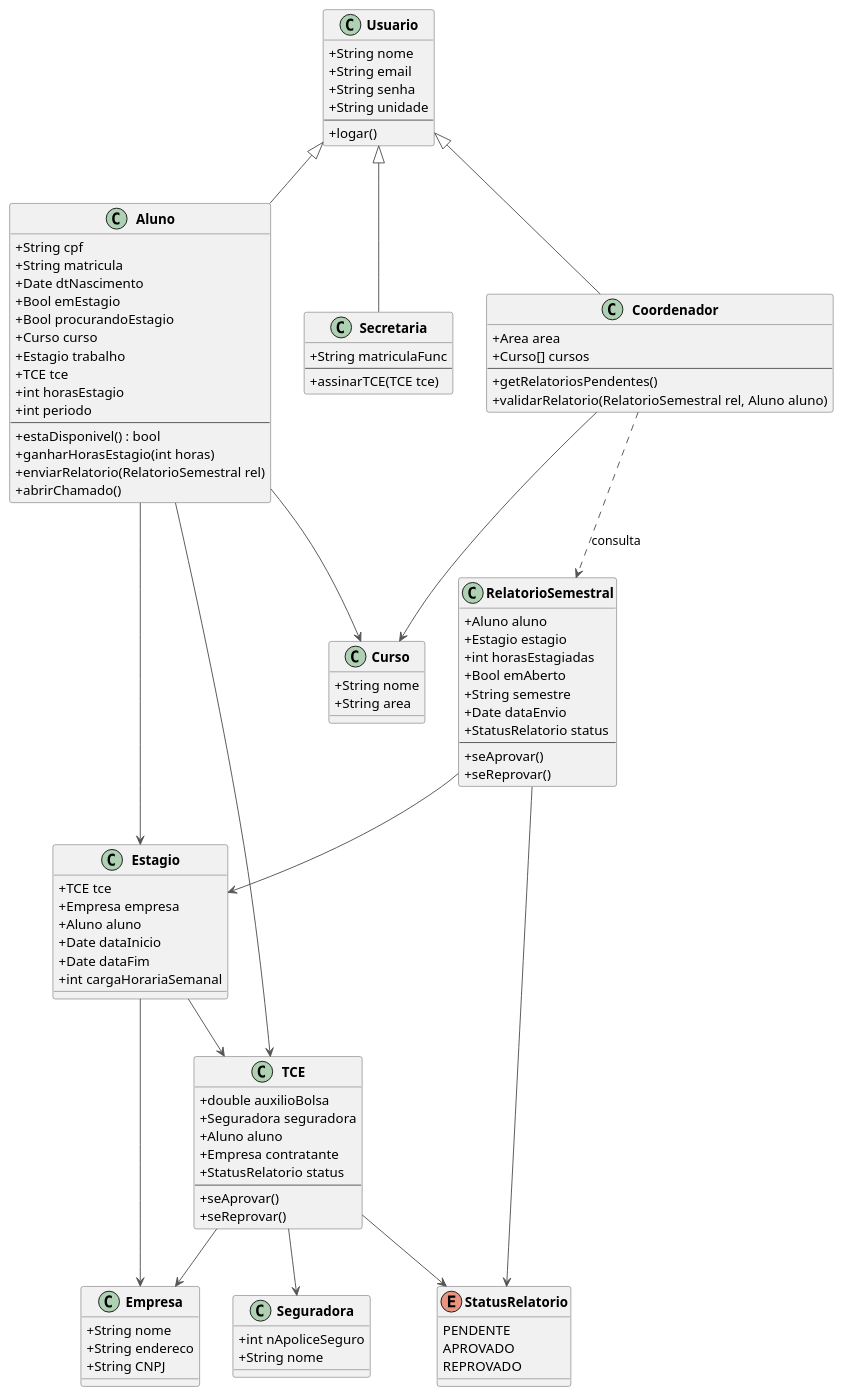
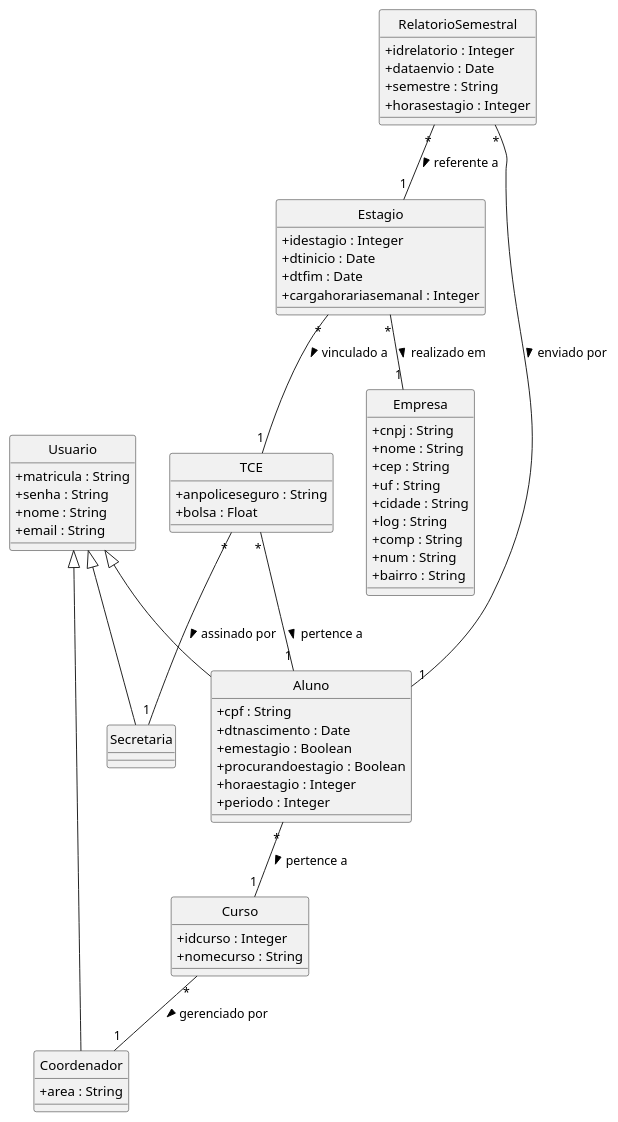
One commit to Projetos-de-Extensao/PBE_26.1_8002_IV changed the diagram in docs/Elaboracao/diagrama_de_classe.puml. Above: the diagram before and after it, drawn with PlantUML. The commit also changed other lines of this file, not shown here.

Commit message:
diagrama de classes novo, sem métodos

```diff
--- a/docs/Elaboracao/diagrama_de_classe.puml
+++ b/docs/Elaboracao/diagrama_de_classe.puml
@@ -3,149 +1,99 @@
-@startuml diagrama_estagio
+@startuml diagrama_estagio_django
 
 skinparam classAttributeIconSize 0
-skinparam classFontStyle bold
-skinparam ArrowColor #555555
-skinparam ClassBorderColor #555555
+skinparam monochrome true
+hide circle
 
 ' ─────────────────────────────
-'  ENUM
+'  USUÁRIO E HERANÇA
 ' ─────────────────────────────
 
-enum StatusRelatorio {
-  PENDENTE
-  APROVADO
-  REPROVADO
+class Usuario {
+  + matricula : String
+  + senha : String
+  + nome : String
+  + email : String
+}
+
+class Secretaria {
+  ' Herda os atributos de Usuario
+}
+
+class Aluno {
+  + cpf : String
+  + dtnascimento : Date
+  + emestagio : Boolean
+  + procurandoestagio : Boolean
+  + horaestagio : Integer
+  + periodo : Integer
+}
+
+class Coordenador {
+  + area : String
 }
 
 ' ─────────────────────────────
-'  ENTIDADES EXTERNAS
+'  ENTIDADES PRINCIPAIS
 ' ─────────────────────────────
 
-class Seguradora {
-  + int nApoliceSeguro
-  + String nome
+class Curso {
+  + idcurso : Integer
+  + nomecurso : String
 }
 
 class Empresa {
-  + String nome
-  + String endereco
-  + String CNPJ
+  + cnpj : String
+  + nome : String
+  + cep : String
+  + uf : String
+  + cidade : String
+  + log : String
+  + comp : String
+  + num : String
+  + bairro : String
 }
 
-class Curso {
-  + String nome
-  + String area
-}
-
-' ─────────────────────────────
-'  USUARIO E SUBCLASSES
-' ─────────────────────────────
-
-class Usuario {
-  + String nome
-  + String email
-  + String senha
-  + String unidade
-  --
-  + logar()
-}
-
-class Aluno {
-  + String cpf
-  + String matricula
-  + Date dtNascimento
-  + Bool emEstagio
-  + Bool procurandoEstagio
-  + Curso curso
-  + Estagio trabalho
-  + TCE tce
-  + int horasEstagio
-  + int periodo
-  --
-  + estaDisponivel() : bool
-  + ganharHorasEstagio(int horas)
-  + enviarRelatorio(RelatorioSemestral rel)
-  + abrirChamado()
-}
-
-class Secretaria {
-  + String matriculaFunc
-  --
-  + assinarTCE(TCE tce)
-}
-
-class Coordenador {
-  + Area area
-  + Curso[] cursos
-  --
-  + getRelatoriosPendentes()
-  + validarRelatorio(RelatorioSemestral rel, Aluno aluno)
-}
-
-' ─────────────────────────────
-'  DOCUMENTOS
-' ─────────────────────────────
-
 class TCE {
-  + double auxilioBolsa
-  + Seguradora seguradora
-  + Aluno aluno
-  + Empresa contratante
-  + StatusRelatorio status
-  --
-  + seAprovar()
-  + seReprovar()
+  + anpoliceseguro : String
+  + bolsa : Float
 }
 
 class Estagio {
-  + TCE tce
-  + Empresa empresa
-  + Aluno aluno
-  + Date dataInicio
-  + Date dataFim
-  + int cargaHorariaSemanal
+  + idestagio : Integer
+  + dtinicio : Date
+  + dtfim : Date
+  + cargahorariasemanal : Integer
 }
 
 class RelatorioSemestral {
-  + Aluno aluno
-  + Estagio estagio
-  + int horasEstagiadas
-  + Bool emAberto
-  + String semestre
-  + Date dataEnvio
-  + StatusRelatorio status
-  --
-  + seAprovar()
-  + seReprovar()
+  + idrelatorio : Integer
+  + dataenvio : Date
+  + semestre : String
+  + horasestagio : Integer
 }
 
 ' ─────────────────────────────
 '  HERANÇA
 ' ─────────────────────────────
 
+Usuario <|-- Secretaria
 Usuario <|-- Aluno
-Usuario <|-- Secretaria
 Usuario <|-- Coordenador
 
 ' ─────────────────────────────
-'  ASSOCIAÇÕES
+'  ASSOCIAÇÕES (Foreign Keys)
 ' ─────────────────────────────
 
-Aluno --> Curso
-Aluno --> TCE
-Aluno --> Estagio
+Aluno "*" -- "1" Curso : pertence a >
+Curso "*" -- "1" Coordenador : gerenciado por >
 
-TCE --> Seguradora
-TCE --> Empresa
-TCE --> StatusRelatorio
+TCE "*" -- "1" Secretaria : assinado por >
+TCE "*" -- "1" Aluno : pertence a >
 
-Estagio --> TCE
-Estagio --> Empresa
+Estagio "*" -- "1" TCE : vinculado a >
+Estagio "*" -- "1" Empresa : realizado em >
 
-Coordenador --> Curso
-Coordenador ..> RelatorioSemestral : consulta
-
-RelatorioSemestral --> Estagio
-RelatorioSemestral --> StatusRelatorio
+RelatorioSemestral "*" -- "1" Aluno : enviado por >
+RelatorioSemestral "*" -- "1" Estagio : referente a >
 
 @enduml
```
